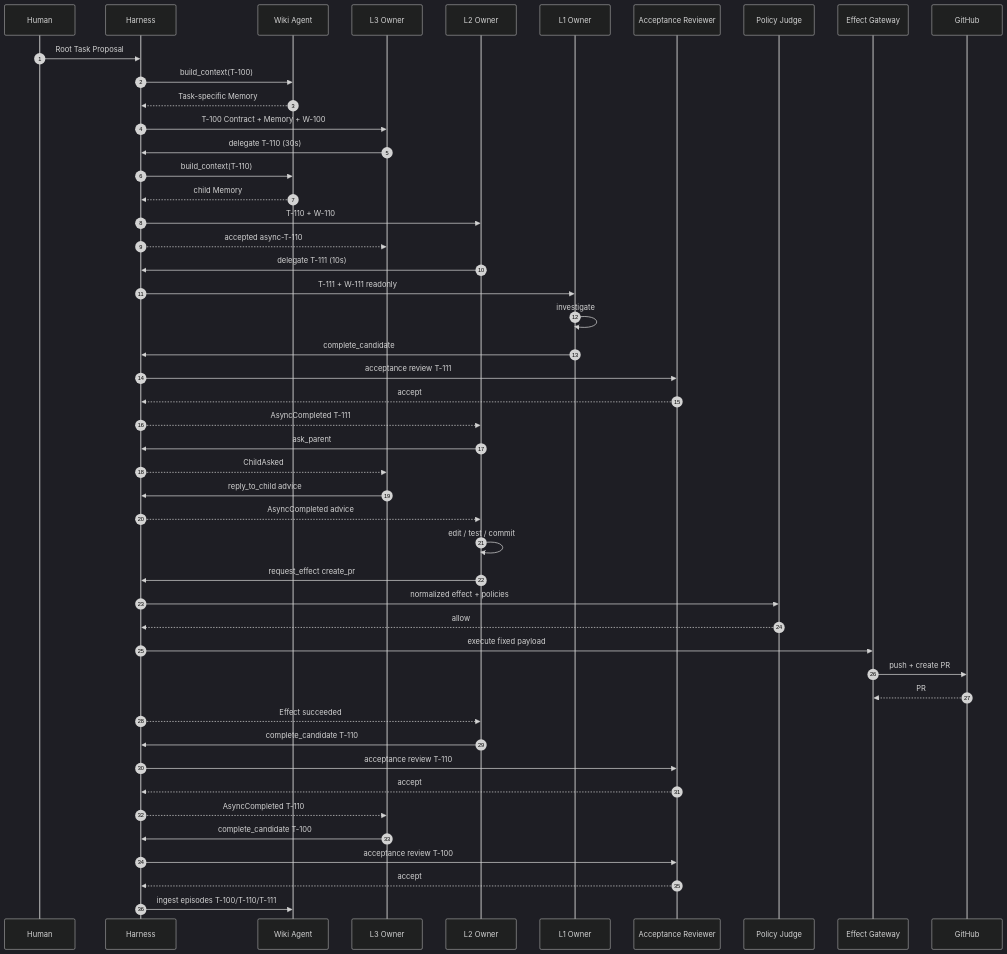
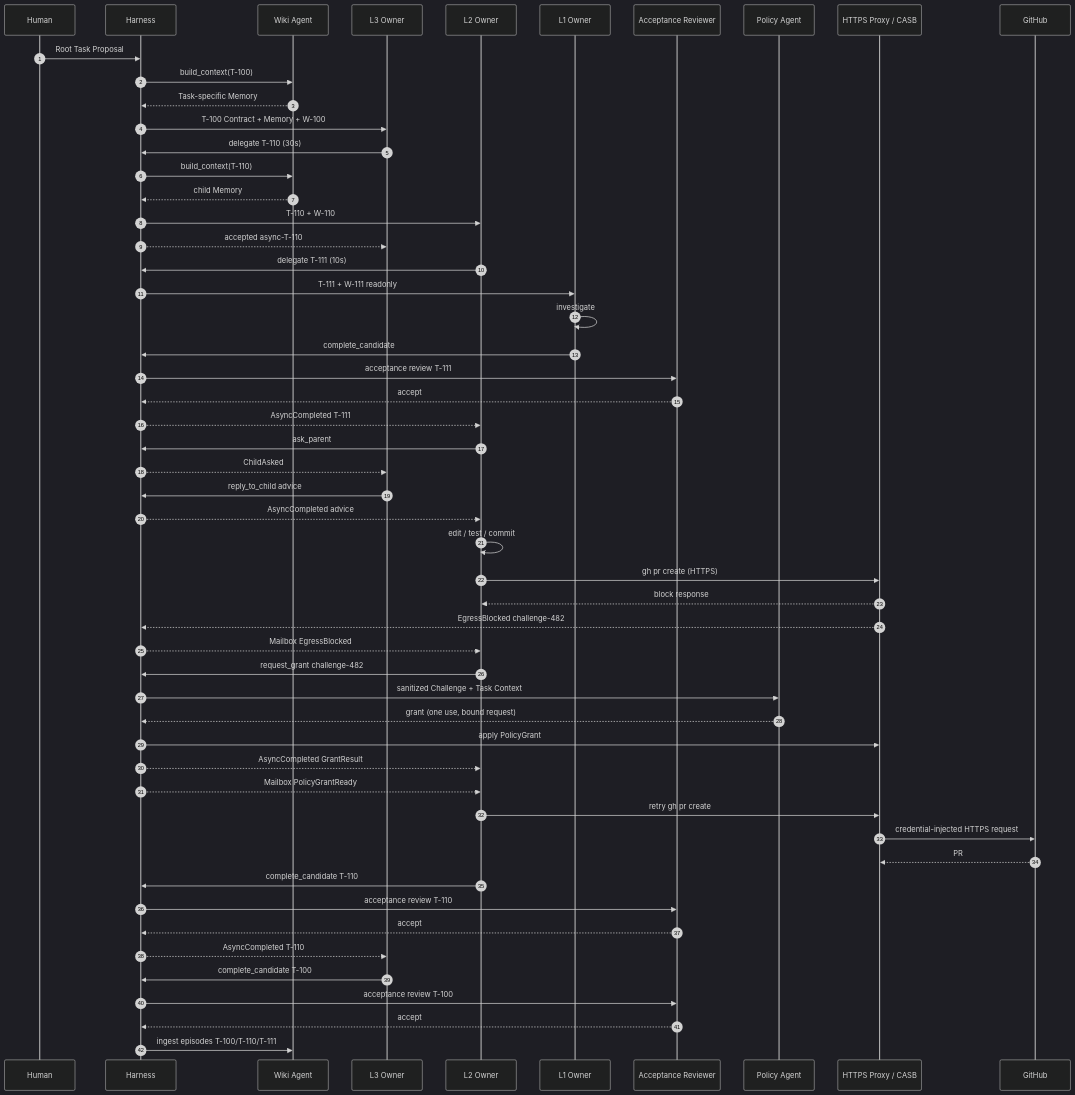
Before and after one commit to autotaker/kakesu: the diagram in docs/10-running-example.md, drawn with Mermaid (dark theme). The commit also changed other lines of this file and 19 other files, not shown here.

````diff
--- a/docs/10-running-example.md
+++ b/docs/10-running-example.md
@@ -281,57 +273,63 @@
 ```mermaid
 sequenceDiagram
     autonumber
     participant U as Human
     participant H as Harness
     participant W as Wiki Agent
     participant L3 as L3 Owner
     participant L2 as L2 Owner
     participant L1 as L1 Owner
     participant R as Acceptance Reviewer
-    participant J as Policy Judge
-    participant G as Effect Gateway
+    participant J as Policy Agent
+    participant G as HTTPS Proxy / CASB
     participant GH as GitHub
 
     U->>H: Root Task Proposal
     H->>W: build_context(T-100)
     W-->>H: Task-specific Memory
     H->>L3: T-100 Contract + Memory + W-100
 
     L3->>H: delegate T-110 (30s)
     H->>W: build_context(T-110)
     W-->>H: child Memory
     H->>L2: T-110 + W-110
     H-->>L3: accepted async-T-110
 
     L2->>H: delegate T-111 (10s)
     H->>L1: T-111 + W-111 readonly
     L1->>L1: investigate
     L1->>H: complete_candidate
     H->>R: acceptance review T-111
     R-->>H: accept
     H-->>L2: AsyncCompleted T-111
 
     L2->>H: ask_parent
     H-->>L3: ChildAsked
     L3->>H: reply_to_child advice
     H-->>L2: AsyncCompleted advice
 
     L2->>L2: edit / test / commit
-    L2->>H: request_effect create_pr
-    H->>J: normalized effect + policies
-    J-->>H: allow
-    H->>G: execute fixed payload
-    G->>GH: push + create PR
+    L2->>G: gh pr create (HTTPS)
+    G-->>L2: block response
+    G-->>H: EgressBlocked challenge-482
+    H-->>L2: Mailbox EgressBlocked
+    L2->>H: request_grant challenge-482
+    H->>J: sanitized Challenge + Task Context
+    J-->>H: grant (one use, bound request)
+    H->>G: apply PolicyGrant
+    H-->>L2: AsyncCompleted GrantResult
+    H-->>L2: Mailbox PolicyGrantReady
+    L2->>G: retry gh pr create
+    G->>GH: credential-injected HTTPS request
     GH-->>G: PR #482
-    H-->>L2: Effect succeeded
 
     L2->>H: complete_candidate T-110
     H->>R: acceptance review T-110
     R-->>H: accept
     H-->>L3: AsyncCompleted T-110
 
     L3->>H: complete_candidate T-100
     H->>R: acceptance review T-100
     R-->>H: accept
     H->>W: ingest episodes T-100/T-110/T-111
 ```
````
